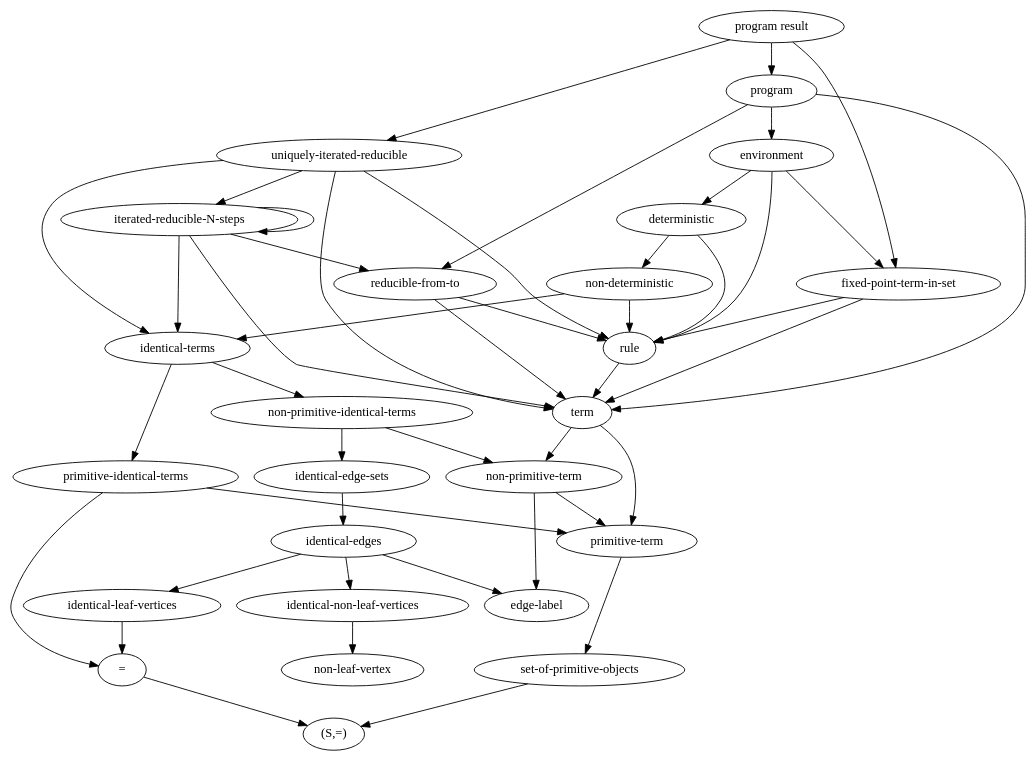
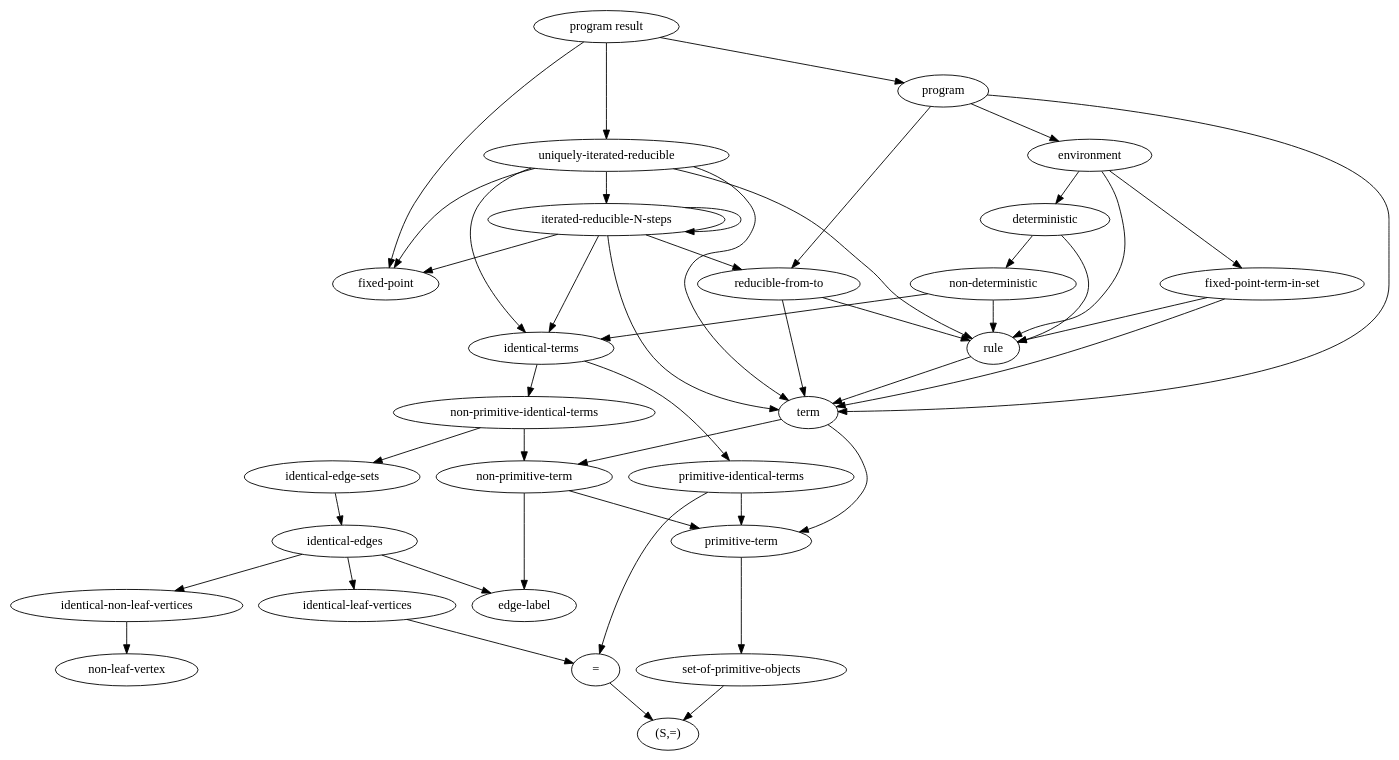
One commit to MichaelMMacLeod/lang changed the diagram in documentation/model-graph.dot. Above: the diagram before and after it, drawn with Graphviz. The commit also changed 2 other files, not shown here.

Commit message:
Fix bad iterated-reducible* defs (thank you Alex for pointing out the problem)

```diff
--- a/documentation/model-graph.dot
+++ b/documentation/model-graph.dot
@@ -1,24 +1,24 @@
 digraph definitions {
-    "program result" -> { "program", "fixed-point-term-in-set", "uniquely-iterated-reducible" };
+    "program result" -> { "program", "fixed-point", "uniquely-iterated-reducible" };
     "program" -> { "term", "environment", "reducible-from-to" };
     "environment" -> { "rule", "deterministic", "rule", "fixed-point-term-in-set" };
-    "uniquely-iterated-reducible" ->  { "term", "rule", "identical-terms", "iterated-reducible-N-steps" };
-    "iterated-reducible-N-steps" -> { "term", "identical-terms", "reducible-from-to", "iterated-reducible-N-steps" };
+    "uniquely-iterated-reducible" ->  { "term", "fixed-point", "rule", "identical-terms", "iterated-reducible-N-steps" };
+    "iterated-reducible-N-steps" -> { "term", "fixed-point", "identical-terms", "reducible-from-to", "iterated-reducible-N-steps" };
     "reducible-from-to" -> { "term", "rule", "rule" };
     "fixed-point-term-in-set" -> { "term", "rule", "rule" };
     "deterministic" -> { "rule", "non-deterministic" };
     "non-deterministic" -> { "rule", "identical-terms" };
     "identical-terms" -> { "primitive-identical-terms", "non-primitive-identical-terms" };
     "primitive-identical-terms" -> { "primitive-term", "=" };
     "non-primitive-identical-terms" -> { "non-primitive-term", "identical-edge-sets" };
     "identical-edge-sets" -> { "identical-edges" };
     "identical-edges" -> { "identical-non-leaf-vertices", "identical-leaf-vertices", "edge-label" };
     "identical-non-leaf-vertices" -> { "non-leaf-vertex" };
     "identical-leaf-vertices" -> { "=" };
     "term" -> { "primitive-term", "non-primitive-term" };
     "non-primitive-term" -> { "primitive-term", "edge-label" };
     "primitive-term" -> { "set-of-primitive-objects" };
     "set-of-primitive-objects" -> { "(S,=)" };
     "=" -> { "(S,=)" };
     "rule" -> { "term" };
 }
```
